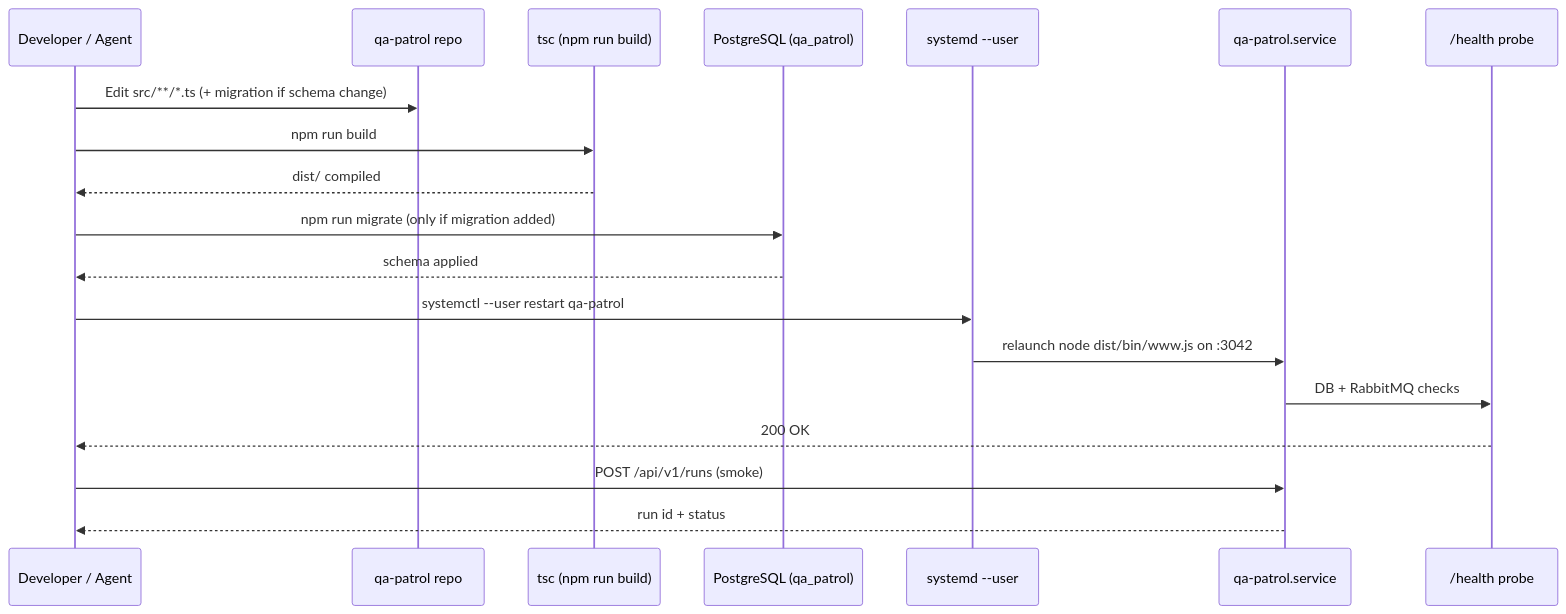
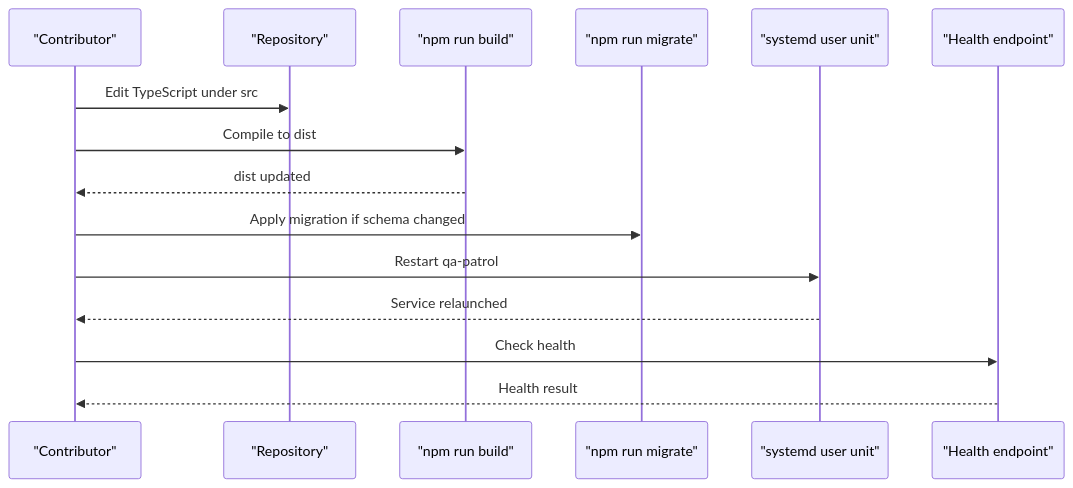
One commit to Jeffrey-Keyser/project-wiki changed the diagram in content/repos/Jeffrey-Keyser-qa-patrol/Iteration-Loop.md. Above: the diagram before and after it, drawn with Mermaid. The commit also changed other lines of this file and 150 other files, not shown here.

````diff
--- a/content/repos/Jeffrey-Keyser-qa-patrol/Iteration-Loop.md
+++ b/content/repos/Jeffrey-Keyser-qa-patrol/Iteration-Loop.md
@@ -12,22 +37,17 @@
 ```mermaid
 sequenceDiagram
-  participant Dev as Developer / Agent
-  participant Repo as qa-patrol repo
-  participant TSC as tsc (npm run build)
-  participant PG as PostgreSQL (qa_patrol)
-  participant Sysd as systemd --user
-  participant Svc as qa-patrol.service
-  participant Health as /health probe
-
-  Dev->>Repo: Edit src/**/*.ts (+ migration if schema change)
-  Dev->>TSC: npm run build
-  TSC-->>Dev: dist/ compiled
-  Dev->>PG: npm run migrate (only if migration added)
-  PG-->>Dev: schema applied
-  Dev->>Sysd: systemctl --user restart qa-patrol
-  Sysd->>Svc: relaunch node dist/bin/www.js on :3042
-  Svc->>Health: DB + RabbitMQ checks
-  Health-->>Dev: 200 OK
-  Dev->>Svc: POST /api/v1/runs (smoke)
-  Svc-->>Dev: run id + status
+  participant Dev as "Contributor"
+  participant Repo as "Repository"
+  participant Build as "npm run build"
+  participant Mig as "npm run migrate"
+  participant Unit as "systemd user unit"
+  participant Health as "Health endpoint"
+  Dev->>Repo: Edit TypeScript under src
+  Dev->>Build: Compile to dist
+  Build-->>Dev: dist updated
+  Dev->>Mig: Apply migration if schema changed
+  Dev->>Unit: Restart qa-patrol
+  Unit-->>Dev: Service relaunched
+  Dev->>Health: Check health
+  Health-->>Dev: Health result
 ```
````
